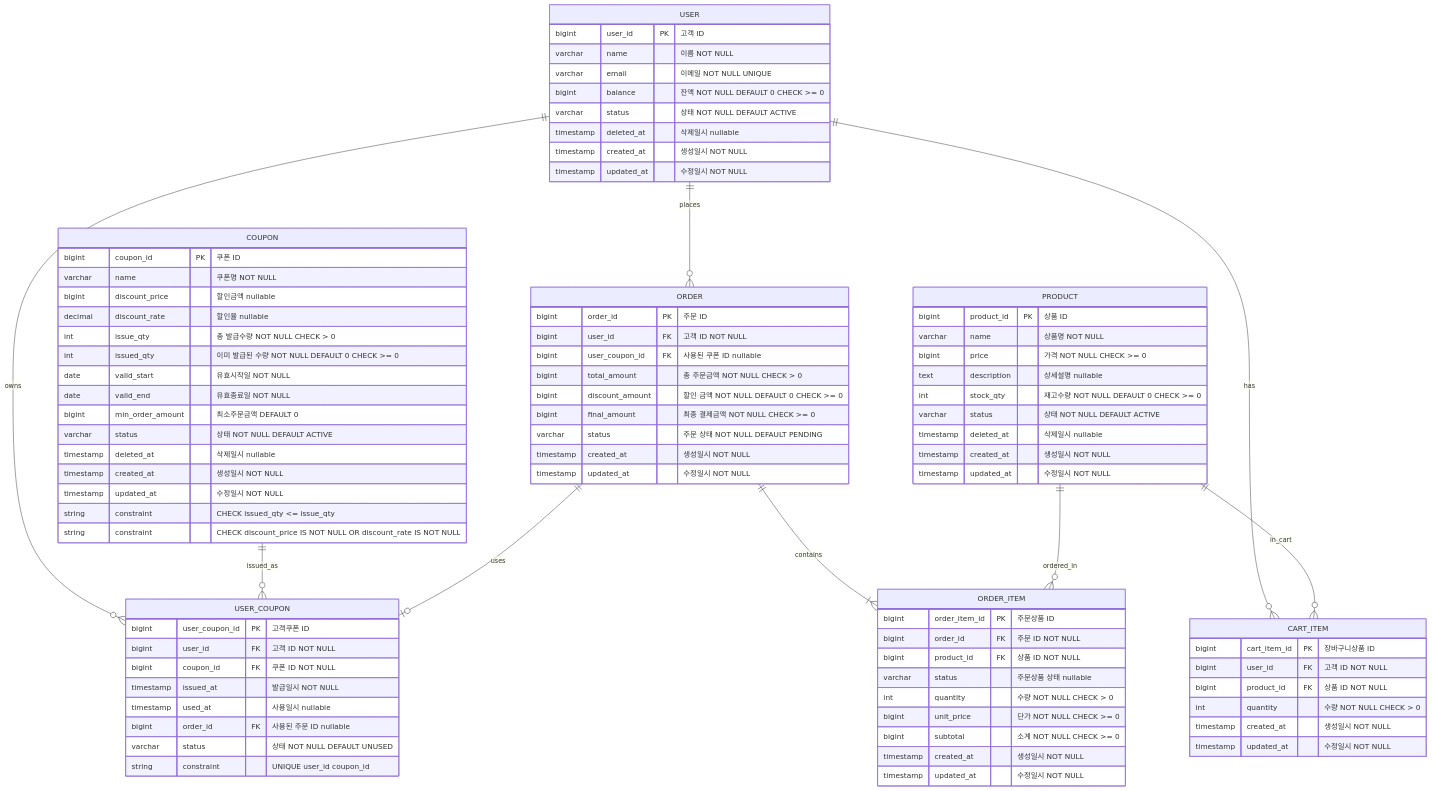
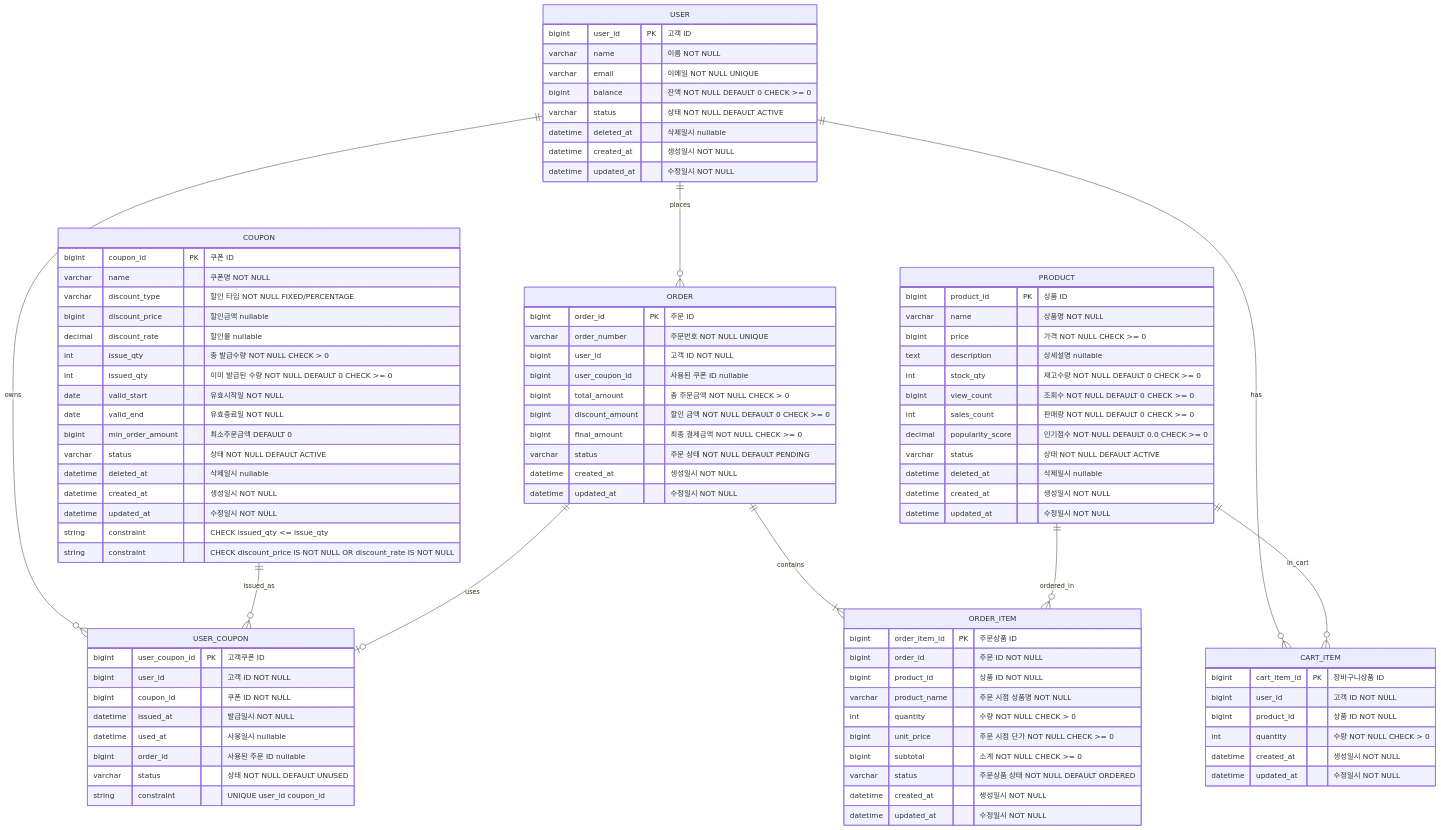
One commit to crocusia/e-commerce_hanghae99 changed the diagram in docs/api/database-schema.md. Above: the diagram before and after it, drawn with Mermaid. The commit also changed other lines of this file and 145 other files, not shown here.

````diff
--- a/docs/api/database-schema.md
+++ b/docs/api/database-schema.md
@@ -11,83 +11,89 @@
 ```mermaid
 erDiagram
-	USER {
-		bigint user_id PK "고객 ID"  
-		varchar name "이름 NOT NULL"  
-		varchar email "이메일 NOT NULL UNIQUE"  
-		bigint balance "잔액 NOT NULL DEFAULT 0 CHECK >= 0"  
-		varchar status "상태 NOT NULL DEFAULT ACTIVE"
-		timestamp deleted_at "삭제일시 nullable"
-		timestamp created_at "생성일시 NOT NULL"  
-		timestamp updated_at "수정일시 NOT NULL"  
-	}
+    USER {
+       bigint user_id PK "고객 ID"  
+       varchar name "이름 NOT NULL"  
+       varchar email "이메일 NOT NULL UNIQUE"  
+       bigint balance "잔액 NOT NULL DEFAULT 0 CHECK >= 0"  
+       varchar status "상태 NOT NULL DEFAULT ACTIVE"
+       datetime deleted_at "삭제일시 nullable"
+       datetime created_at "생성일시 NOT NULL"  
+       datetime updated_at "수정일시 NOT NULL"  
+    }
     CART_ITEM {
-		bigint cart_item_id PK "장바구니상품 ID"  
-		bigint user_id FK "고객 ID NOT NULL"  
-		bigint product_id FK "상품 ID NOT NULL"  
-		int quantity "수량 NOT NULL CHECK > 0"  
-		timestamp created_at "생성일시 NOT NULL"  
-		timestamp updated_at "수정일시 NOT NULL"  
-	}
-	ORDER {
-		bigint order_id PK "주문 ID"  
-		bigint user_id FK "고객 ID NOT NULL"  
-		bigint user_coupon_id FK "사용된 쿠폰 ID nullable"
-		bigint total_amount "총 주문금액 NOT NULL CHECK > 0"  
-		bigint discount_amount "할인 금액 NOT NULL DEFAULT 0 CHECK >= 0"  
-		bigint final_amount "최종 결제금액 NOT NULL CHECK >= 0"  
-		varchar status "주문 상태 NOT NULL DEFAULT PENDING"
-		timestamp created_at "생성일시 NOT NULL"  
-		timestamp updated_at "수정일시 NOT NULL"  
-	}
-	ORDER_ITEM {
-		bigint order_item_id PK "주문상품 ID"  
-		bigint order_id FK "주문 ID NOT NULL"  
-		bigint product_id FK "상품 ID NOT NULL"  
-		varchar status "주문상품 상태 nullable"  
-		int quantity "수량 NOT NULL CHECK > 0"  
-		bigint unit_price "단가 NOT NULL CHECK >= 0"  
-		bigint subtotal "소계 NOT NULL CHECK >= 0"  
-		timestamp created_at "생성일시 NOT NULL"
-		timestamp updated_at "수정일시 NOT NULL"
-	}
-	USER_COUPON {
-		bigint user_coupon_id PK "고객쿠폰 ID"  
-		bigint user_id FK "고객 ID NOT NULL"  
-		bigint coupon_id FK "쿠폰 ID NOT NULL"  
-		timestamp issued_at "발급일시 NOT NULL"  
-		timestamp used_at "사용일시 nullable"  
-		bigint order_id FK "사용된 주문 ID nullable"  
-		varchar status "상태 NOT NULL DEFAULT UNUSED"  
-		string constraint "UNIQUE user_id coupon_id"
-	}
-	COUPON {
-		bigint coupon_id PK "쿠폰 ID"  
-		varchar name "쿠폰명 NOT NULL"  
-		bigint discount_price "할인금액 nullable"  
-		decimal discount_rate "할인율 nullable"  
-		int issue_qty "총 발급수량 NOT NULL CHECK > 0"  
-		int issued_qty "이미 발급된 수량 NOT NULL DEFAULT 0 CHECK >= 0"  
-		date valid_start "유효시작일 NOT NULL"  
-		date valid_end "유효종료일 NOT NULL"  
-		bigint min_order_amount "최소주문금액 DEFAULT 0"  
-		varchar status "상태 NOT NULL DEFAULT ACTIVE"
-		timestamp deleted_at "삭제일시 nullable"
-		timestamp created_at "생성일시 NOT NULL"
-		timestamp updated_at "수정일시 NOT NULL"
-		string constraint "CHECK issued_qty <= issue_qty"
-		string constraint "CHECK discount_price IS NOT NULL OR discount_rate IS NOT NULL"
-	}
-	PRODUCT {
-		bigint product_id PK "상품 ID"  
-		varchar name "상품명 NOT NULL"  
-		bigint price "가격 NOT NULL CHECK >= 0"  
-		text description "상세설명 nullable"  
-		int stock_qty "재고수량 NOT NULL DEFAULT 0 CHECK >= 0"  
-		varchar status "상태 NOT NULL DEFAULT ACTIVE"
-		timestamp deleted_at "삭제일시 nullable"
-		timestamp created_at "생성일시 NOT NULL"  
-		timestamp updated_at "수정일시 NOT NULL"  
-	}
+       bigint cart_item_id PK "장바구니상품 ID"  
+       bigint user_id "고객 ID NOT NULL"  
+       bigint product_id "상품 ID NOT NULL"  
+       int quantity "수량 NOT NULL CHECK > 0"  
+       datetime created_at "생성일시 NOT NULL"  
+       datetime updated_at "수정일시 NOT NULL"  
+    }
+    ORDER {
+       bigint order_id PK "주문 ID"
+       varchar order_number "주문번호 NOT NULL UNIQUE"
+       bigint user_id "고객 ID NOT NULL"  
+       bigint user_coupon_id "사용된 쿠폰 ID nullable"
+       bigint total_amount "총 주문금액 NOT NULL CHECK > 0"  
+       bigint discount_amount "할인 금액 NOT NULL DEFAULT 0 CHECK >= 0"  
+       bigint final_amount "최종 결제금액 NOT NULL CHECK >= 0"  
+       varchar status "주문 상태 NOT NULL DEFAULT PENDING"
+       datetime created_at "생성일시 NOT NULL"  
+       datetime updated_at "수정일시 NOT NULL"  
+    }
+    ORDER_ITEM {
+       bigint order_item_id PK "주문상품 ID"  
+       bigint order_id "주문 ID NOT NULL"  
+       bigint product_id "상품 ID NOT NULL"
+       varchar product_name "주문 시점 상품명 NOT NULL"
+       int quantity "수량 NOT NULL CHECK > 0"  
+       bigint unit_price "주문 시점 단가 NOT NULL CHECK >= 0"  
+       bigint subtotal "소계 NOT NULL CHECK >= 0"
+       varchar status "주문상품 상태 NOT NULL DEFAULT ORDERED"  
+       datetime created_at "생성일시 NOT NULL"
+       datetime updated_at "수정일시 NOT NULL"
+    }
+    USER_COUPON {
+       bigint user_coupon_id PK "고객쿠폰 ID"  
+       bigint user_id "고객 ID NOT NULL"  
+       bigint coupon_id "쿠폰 ID NOT NULL"  
+       datetime issued_at "발급일시 NOT NULL"  
+       datetime used_at "사용일시 nullable"  
+       bigint order_id "사용된 주문 ID nullable"  
+       varchar status "상태 NOT NULL DEFAULT UNUSED"  
+       string constraint "UNIQUE user_id coupon_id"
+    }
+    COUPON {
+       bigint coupon_id PK "쿠폰 ID"  
+       varchar name "쿠폰명 NOT NULL"
+       varchar discount_type "할인 타입 NOT NULL FIXED/PERCENTAGE"
+       bigint discount_price "할인금액 nullable"  
+       decimal discount_rate "할인율 nullable"  
+       int issue_qty "총 발급수량 NOT NULL CHECK > 0"  
+       int issued_qty "이미 발급된 수량 NOT NULL DEFAULT 0 CHECK >= 0"  
+       date valid_start "유효시작일 NOT NULL"  
+       date valid_end "유효종료일 NOT NULL"  
+       bigint min_order_amount "최소주문금액 DEFAULT 0"  
+       varchar status "상태 NOT NULL DEFAULT ACTIVE"
+       datetime deleted_at "삭제일시 nullable"
+       datetime created_at "생성일시 NOT NULL"
+       datetime updated_at "수정일시 NOT NULL"
+       string constraint "CHECK issued_qty <= issue_qty"
+       string constraint "CHECK discount_price IS NOT NULL OR discount_rate IS NOT NULL"
+    }
+    PRODUCT {
+       bigint product_id PK "상품 ID"  
+       varchar name "상품명 NOT NULL"  
+       bigint price "가격 NOT NULL CHECK >= 0"  
+       text description "상세설명 nullable"  
+       int stock_qty "재고수량 NOT NULL DEFAULT 0 CHECK >= 0"  
+       bigint view_count "조회수 NOT NULL DEFAULT 0 CHECK >= 0"
+       int sales_count "판매량 NOT NULL DEFAULT 0 CHECK >= 0"
+       decimal popularity_score "인기점수 NOT NULL DEFAULT 0.0 CHECK >= 0"
+       varchar status "상태 NOT NULL DEFAULT ACTIVE"
+       datetime deleted_at "삭제일시 nullable"
+       datetime created_at "생성일시 NOT NULL"  
+       datetime updated_at "수정일시 NOT NULL"  
+    }
     USER ||--o{ ORDER : "places"
     USER ||--o{ USER_COUPON : "owns"
     USER ||--o{ CART_ITEM : "has"
````
